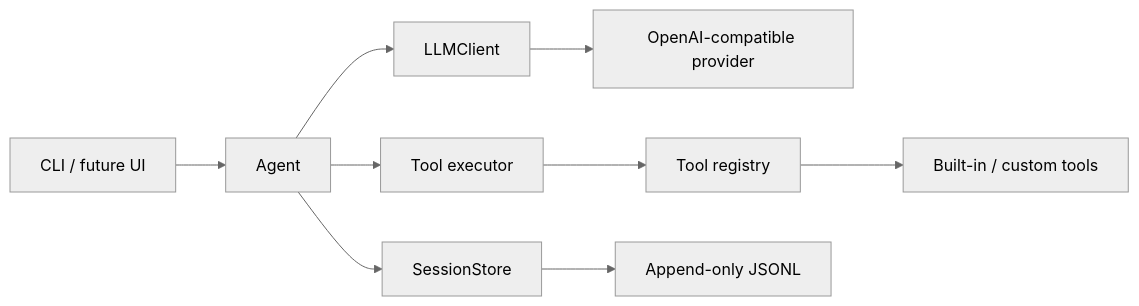
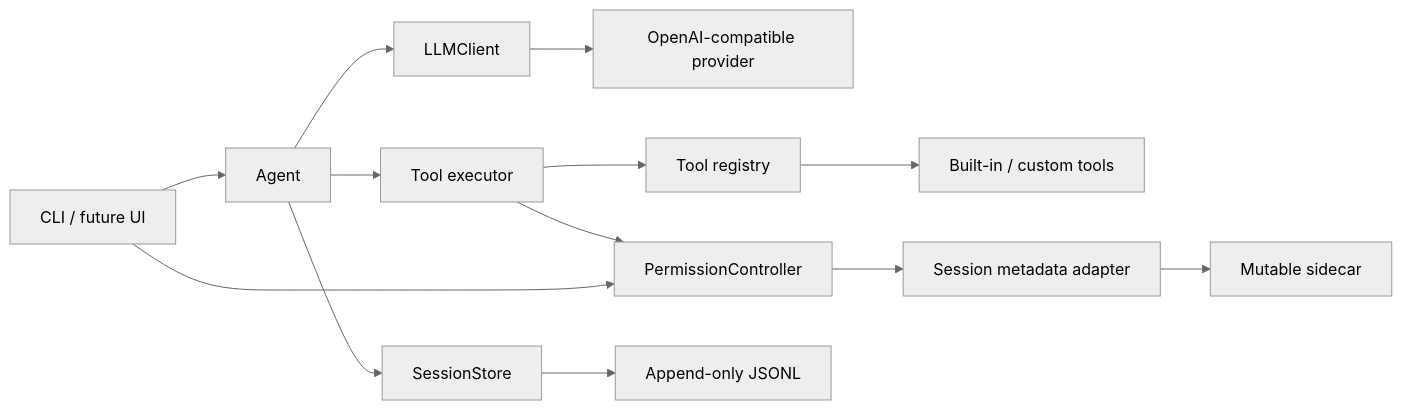
The diagram in README.md (kestiny18/Noval), drawn with Mermaid (neutral theme) before and after one commit. The commit also changed other lines of this file and 16 other files, not shown here.

````diff
--- a/README.md
+++ b/README.md
@@ -23,11 +23,15 @@
 ```mermaid
 flowchart LR
     CLI["CLI / future UI"] --> Agent
     Agent --> Client["LLMClient"]
     Client --> Provider["OpenAI-compatible provider"]
     Agent --> Executor["Tool executor"]
+    CLI --> Permissions["PermissionController"]
+    Executor --> Permissions
     Executor --> Registry["Tool registry"]
     Registry --> Builtins["Built-in / custom tools"]
     Agent --> Store["SessionStore"]
     Store --> JSONL["Append-only JSONL"]
+    Permissions --> Metadata["Session metadata adapter"]
+    Metadata --> Sidecar["Mutable sidecar"]
 ```
````
